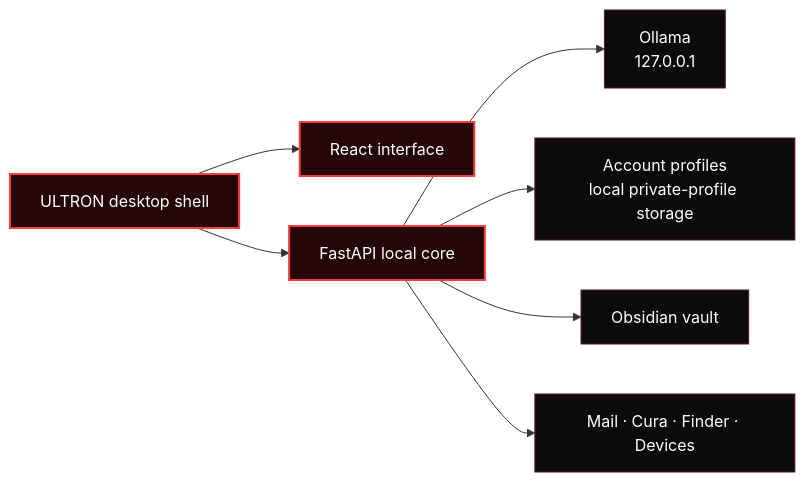
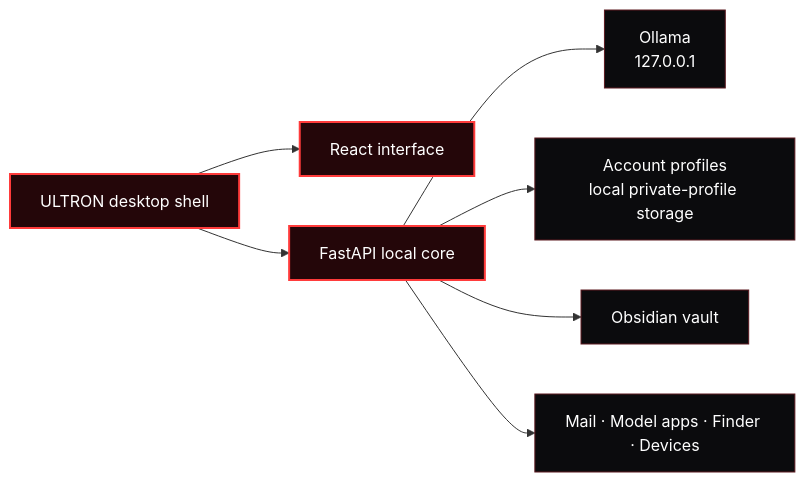
One commit to Lumacaonta/Ultron changed the diagram in README.md. Above: the diagram before and after it, drawn with Mermaid. The commit also changed other lines of this file and 18 other files, not shown here.

````diff
--- a/README.md
+++ b/README.md
@@ -92,14 +93,14 @@
 ```mermaid
 flowchart LR
     A[ULTRON desktop shell] --> B[React interface]
     A --> C[FastAPI local core]
     C --> D[Ollama<br/>127.0.0.1]
     C --> E[Account profiles<br/>local private-profile storage]
     C --> F[Obsidian vault]
-    C --> G[Mail · Cura · Finder · Devices]
+    C --> G[Mail · Model apps · Finder · Devices]
 
     classDef red fill:#240609,stroke:#ff3b3b,color:#ffffff,stroke-width:2px;
     classDef dark fill:#0b0b0d,stroke:#5c1a20,color:#ffffff;
     class A,B,C red;
     class D,E,F,G dark;
 ```
````
